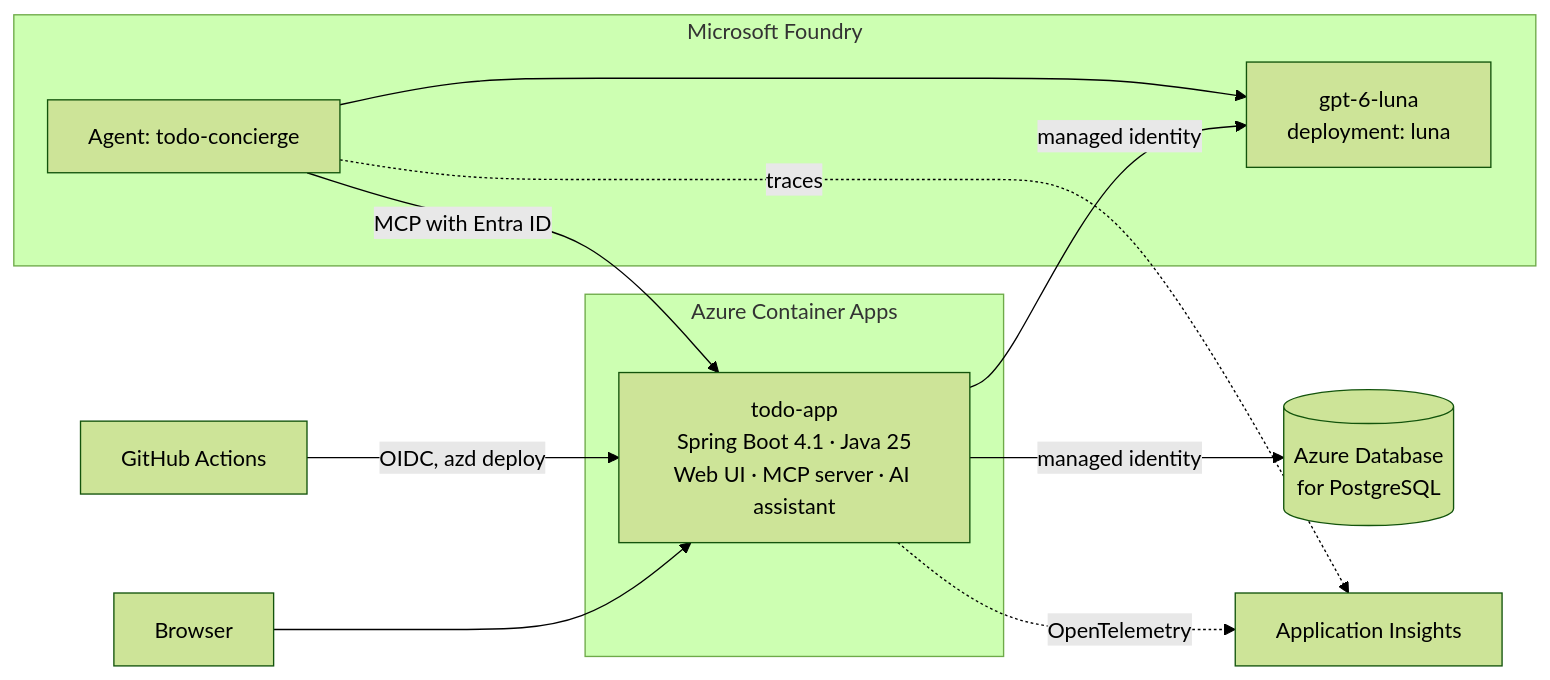
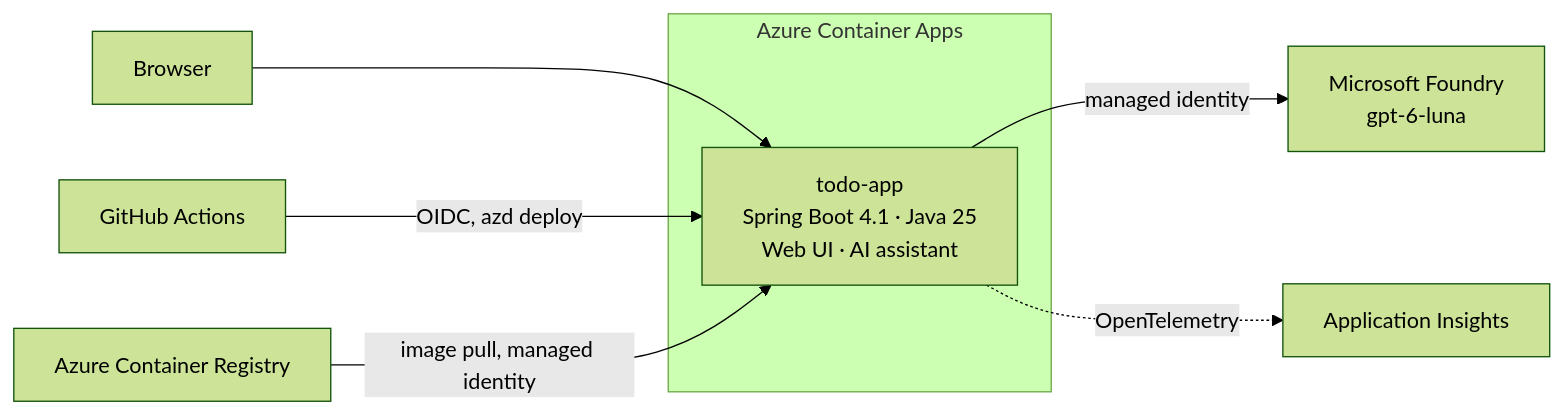
Before and after one commit to roryp/java-modernization-foundry: the third of 3 diagrams in README.md, drawn with Mermaid (forest theme). The commit also changed other lines of this file and 2 other files, not shown here.

````diff
--- a/README.md
+++ b/README.md
@@ -38,18 +46,11 @@
 ```mermaid
 flowchart LR
     user["Browser"] --> app
     gh["GitHub Actions"] -->|OIDC, azd deploy| app
     subgraph aca["Azure Container Apps"]
-        app["todo-app<br/>Spring Boot 4.1 · Java 25<br/>Web UI · MCP server · AI assistant"]
+        app["todo-app<br/>Spring Boot 4.1 · Java 25<br/>Web UI · AI assistant"]
     end
-    subgraph foundry["Microsoft Foundry"]
-        luna["gpt-6-luna<br/>deployment: luna"]
-        agent["Agent: todo-concierge"]
-    end
-    app -->|managed identity| luna
-    agent -->|MCP with Entra ID| app
-    agent --> luna
-    app -->|managed identity| pg[("Azure Database<br/>for PostgreSQL")]
+    acr["Azure Container Registry"] -->|image pull, managed identity| app
+    app -->|managed identity| luna["Microsoft Foundry<br/>gpt-6-luna"]
     app -.->|OpenTelemetry| appi["Application Insights"]
-    agent -.->|traces| appi
 ```
````
